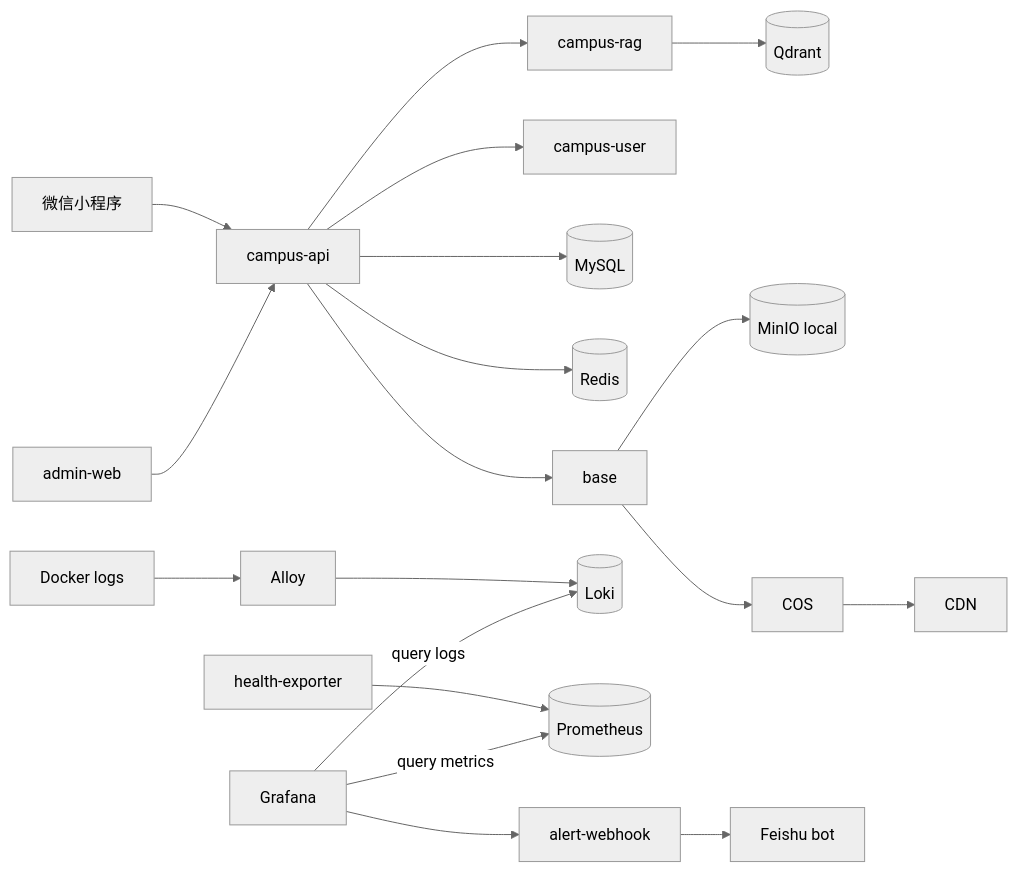
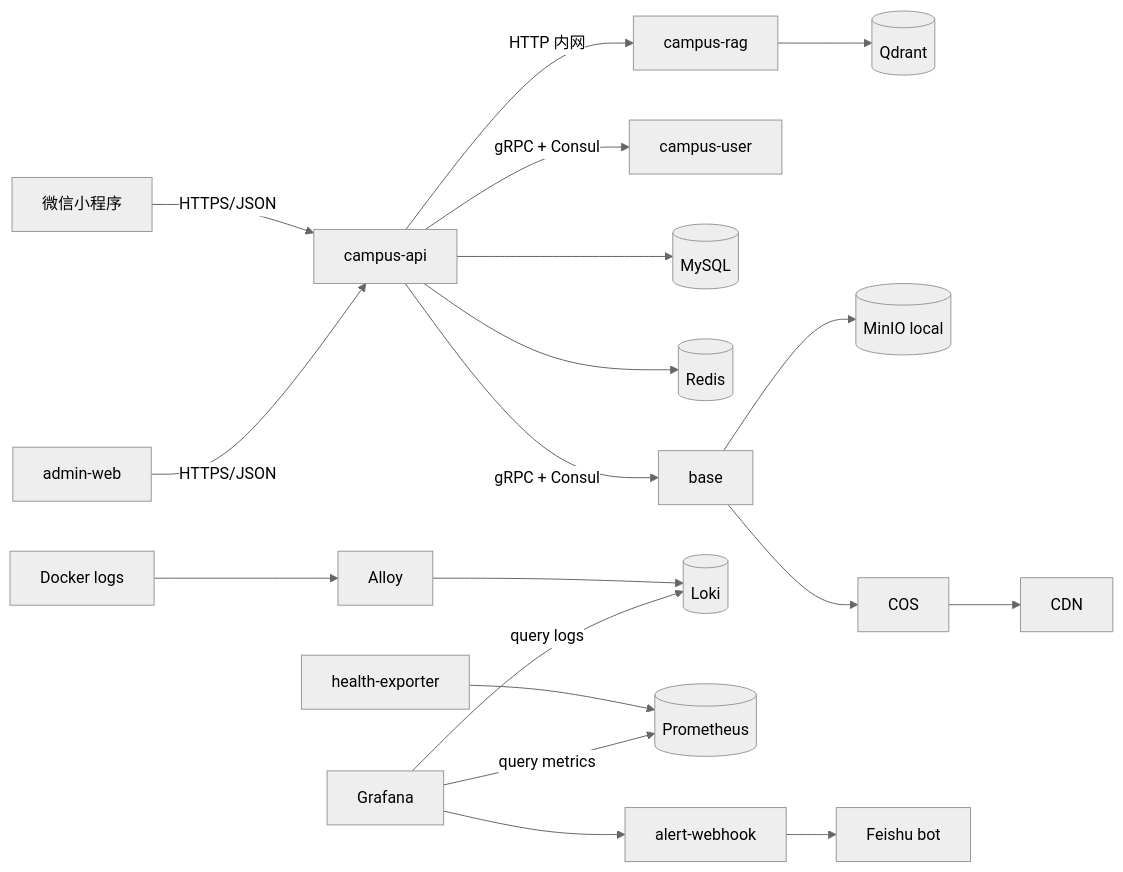
The diagram in docs/developer-guide.md (tangfire/lehu-video), drawn with Mermaid (neutral theme) before and after one commit. The commit also changed other lines of this file and 5 other files, not shown here.

First line of the commit message:
README 明确写成“校园 e站轻量微服务架构” 架构图标清楚：小程序/后台 -> campus-api：HTTPS/JSON campus-api -> base/campus-user：gRPC + Consul campus-api -> campus-rag：Docker 内网 HTTP

````diff
--- a/docs/developer-guide.md
+++ b/docs/developer-guide.md
@@ -72,21 +75,21 @@
 ```mermaid
 flowchart LR
-    MiniProgram[微信小程序] --> API[campus-api]
-    Admin[admin-web] --> API
-    API --> Base[base]
-    API --> User[campus-user]
+    MiniProgram[微信小程序] -->|HTTPS/JSON| API[campus-api]
+    Admin[admin-web] -->|HTTPS/JSON| API
+    API -->|gRPC + Consul| Base[base]
+    API -->|gRPC + Consul| User[campus-user]
     API --> MySQL[(MySQL)]
     API --> Redis[(Redis)]
-    API --> Rag[campus-rag]
+    API -->|HTTP 内网| Rag[campus-rag]
     Rag --> Qdrant[(Qdrant)]
     Base --> MinIO[(MinIO local)]
     Base --> COS[COS]
     COS --> CDN[CDN]
     DockerLogs[Docker logs] --> Alloy[Alloy]
     Alloy --> Loki[(Loki)]
     Grafana[Grafana] -->|query logs| Loki
     Health[health-exporter] --> Prometheus[(Prometheus)]
     Grafana -->|query metrics| Prometheus
     Grafana --> Alert[alert-webhook]
     Alert --> Feishu[Feishu bot]
 ```
````
